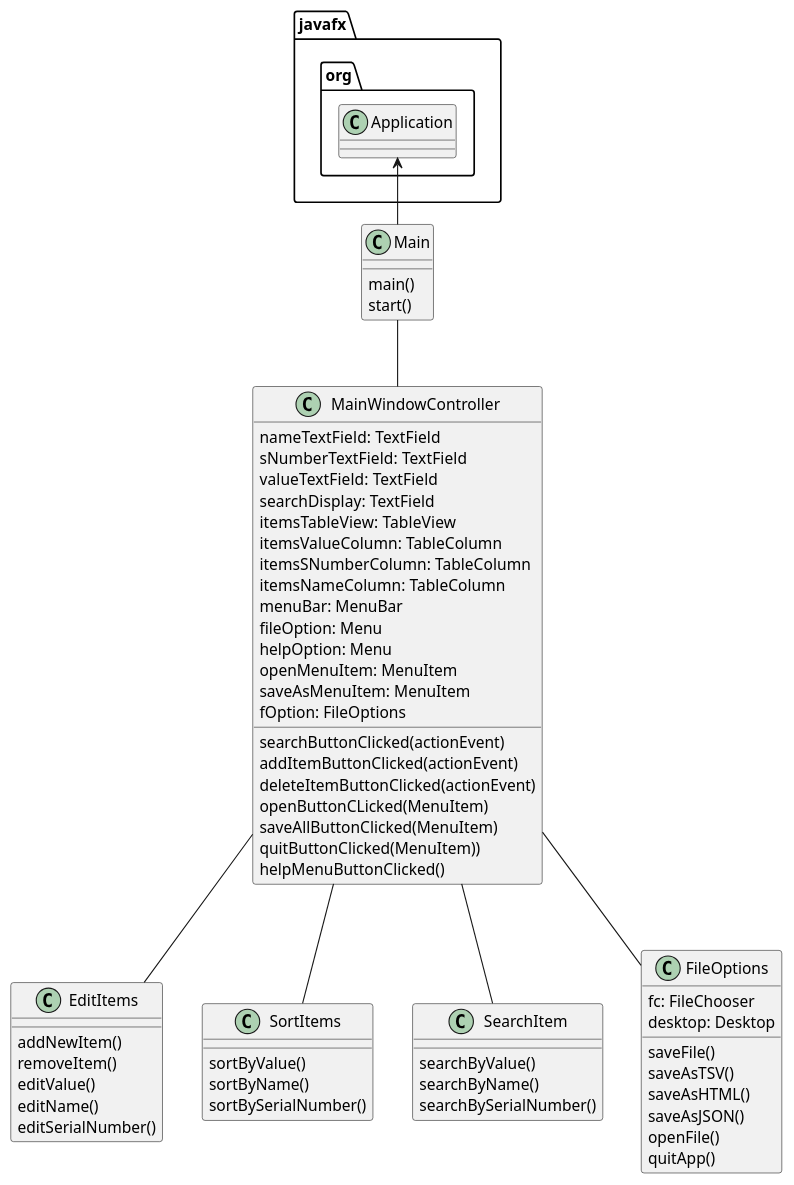
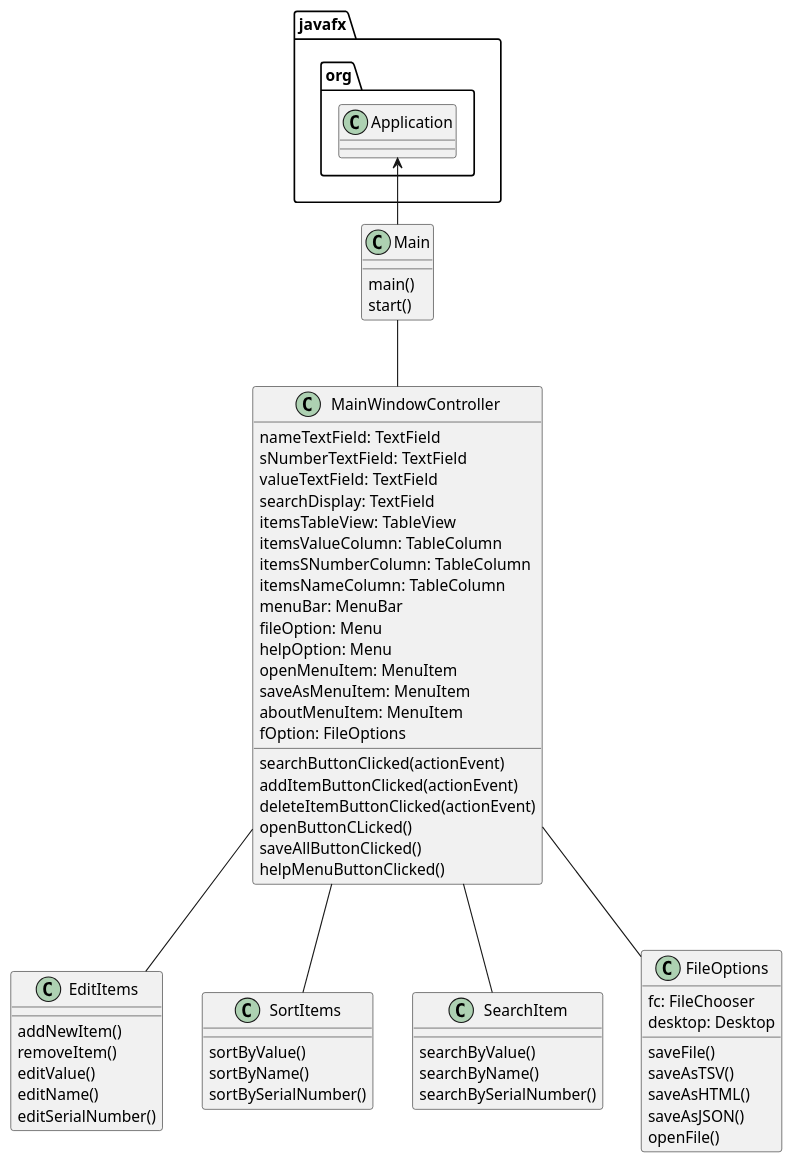
Before and after one commit to martucciv/martucci-7308-a5: the diagram in uml/Assignment5.puml, drawn with PlantUML. The commit also changed 3 other files, not shown here.

```diff
--- a/uml/Assignment5.puml
+++ b/uml/Assignment5.puml
@@ -1,73 +1,72 @@
 @startuml
 
 javafx.org.Application <-- Main
 Main -- MainWindowController
 MainWindowController -- EditItems
 MainWindowController -- SortItems
 MainWindowController -- SearchItem
 MainWindowController -- FileOptions
 
 class Main{
     main()
     start()
 }
 
 class MainWindowController{
     nameTextField: TextField
     sNumberTextField: TextField
     valueTextField: TextField
     searchDisplay: TextField
     itemsTableView: TableView
     itemsValueColumn: TableColumn
     itemsSNumberColumn: TableColumn
     itemsNameColumn: TableColumn
     menuBar: MenuBar
     fileOption: Menu
     helpOption: Menu
     openMenuItem: MenuItem
     saveAsMenuItem: MenuItem
+    aboutMenuItem: MenuItem
     fOption: FileOptions
 
     searchButtonClicked(actionEvent)
     addItemButtonClicked(actionEvent)
     deleteItemButtonClicked(actionEvent)
-    openButtonCLicked(MenuItem)
-    saveAllButtonClicked(MenuItem)
-    quitButtonClicked(MenuItem))
+    openButtonCLicked()
+    saveAllButtonClicked()
     helpMenuButtonClicked()
 }
 
 class EditItems {
     addNewItem()
     removeItem()
     editValue()
     editName()
     editSerialNumber()
 }
 
 class SortItems{
     sortByValue()
     sortByName()
     sortBySerialNumber()
 }
 
 class SearchItem{
     searchByValue()
     searchByName()
     searchBySerialNumber()
 }
 
 class FileOptions{
     fc: FileChooser
     desktop: Desktop
 
     saveFile()
     saveAsTSV()
     saveAsHTML()
     saveAsJSON()
     openFile()
-    quitApp()
 }
 
 
 @enduml
```
